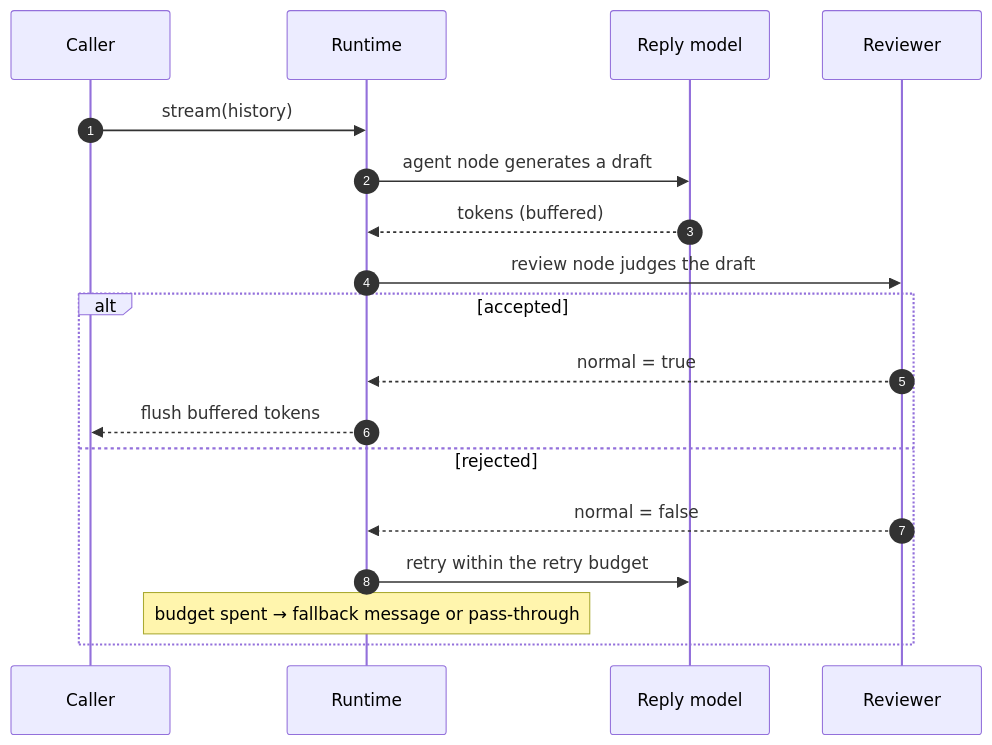
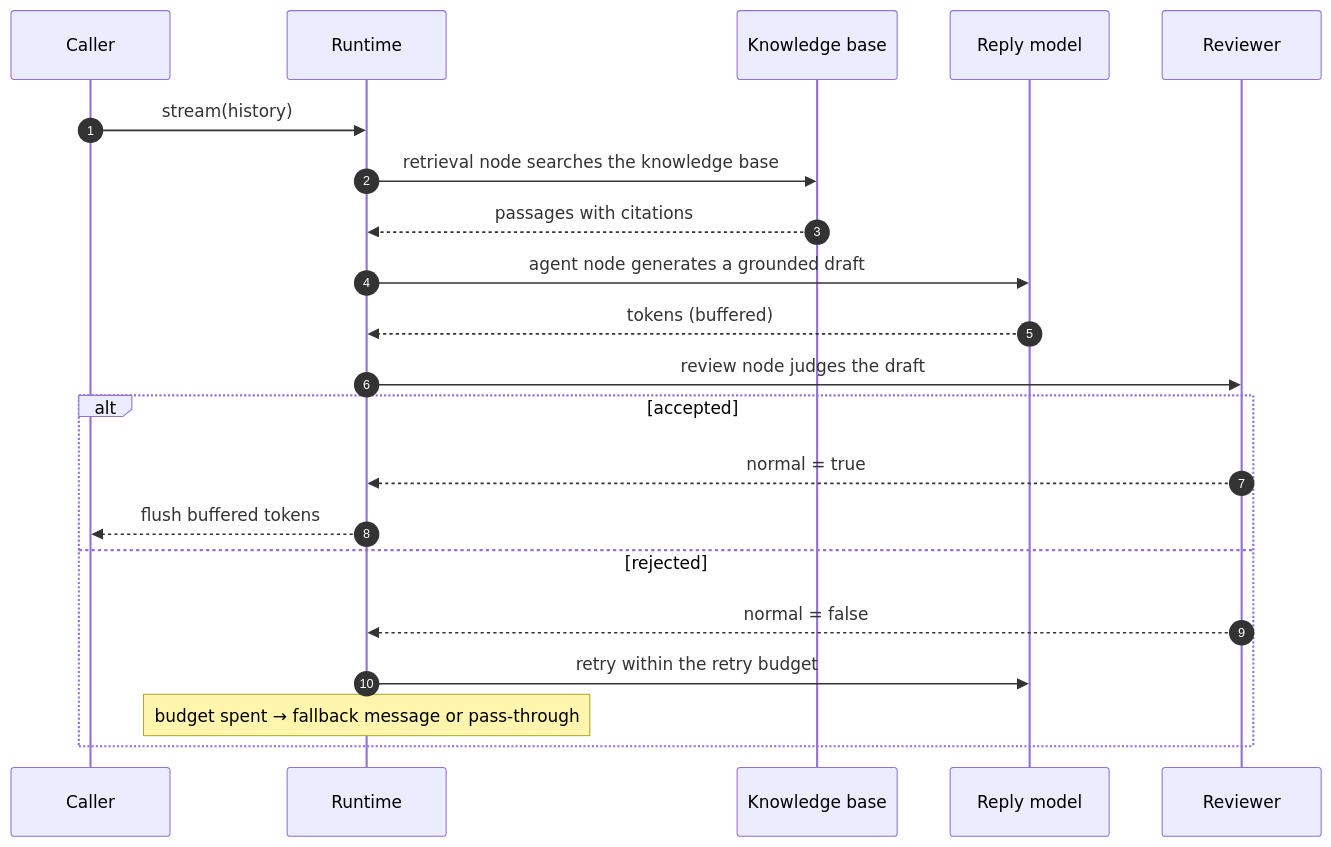
The second of 2 diagrams in docs/architecture.md (jameskkkk7/Bridge-Agents), drawn with Mermaid before and after one commit. The commit also changed other lines of this file and 4 other files, not shown here.

Commit message:
docs: document the RAG knowledge base and citations

````diff
--- a/docs/architecture.md
+++ b/docs/architecture.md
@@ -56,20 +57,23 @@
 ```mermaid
 sequenceDiagram
     autonumber
     participant C as Caller
     participant R as Runtime
+    participant K as Knowledge base
     participant M as Reply model
     participant V as Reviewer
     C->>R: stream(history)
-    R->>M: agent node generates a draft
+    R->>K: retrieval node searches the knowledge base
+    K-->>R: passages with citations
+    R->>M: agent node generates a grounded draft
     M-->>R: tokens (buffered)
     R->>V: review node judges the draft
     alt accepted
         V-->>R: normal = true
         R-->>C: flush buffered tokens
     else rejected
         V-->>R: normal = false
         R->>M: retry within the retry budget
         Note over R: budget spent → fallback message or pass-through
     end
 ```
````
